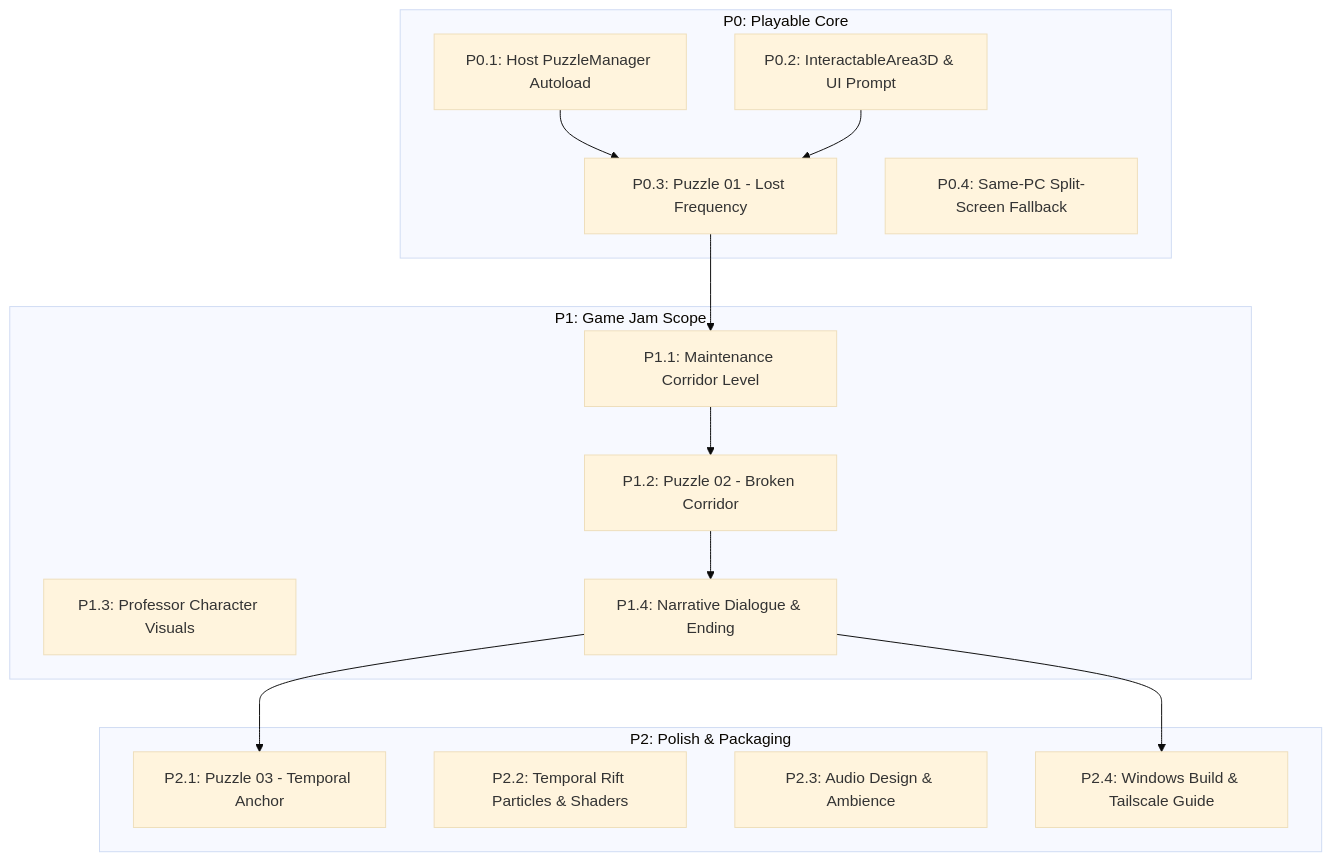
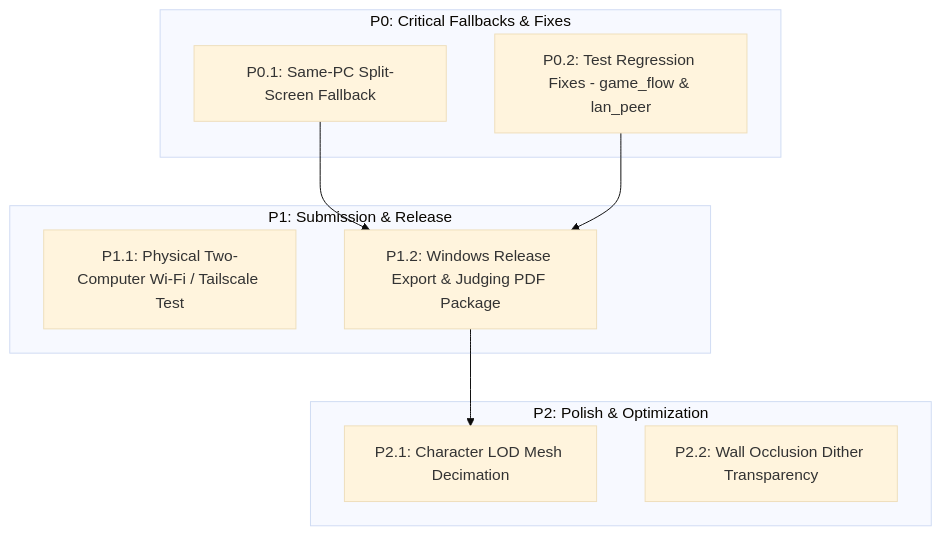
One commit to hussainhht/Past-Future changed the diagram in PROJECT_CONTEXT/12_ROADMAP_AND_NEXT_STEPS.md. Above: the diagram before and after it, drawn with Mermaid (base theme). The commit also changed other lines of this file and 3 other files, not shown here.

````diff
--- a/PROJECT_CONTEXT/12_ROADMAP_AND_NEXT_STEPS.md
+++ b/PROJECT_CONTEXT/12_ROADMAP_AND_NEXT_STEPS.md
@@ -13,30 +32,20 @@
 ```mermaid
 graph TD
-    subgraph P0_Critical [P0: Playable Core]
-        T_P0_1[P0.1: Host PuzzleManager Autoload]
-        T_P0_2[P0.2: InteractableArea3D & UI Prompt]
-        T_P0_3[P0.3: Puzzle 01 - Lost Frequency]
-        T_P0_4[P0.4: Same-PC Split-Screen Fallback]
-        T_P0_1 --> T_P0_3
-        T_P0_2 --> T_P0_3
+    subgraph P0_Blockers [P0: Critical Fallbacks & Fixes]
+        T_P0_1[P0.1: Same-PC Split-Screen Fallback]
+        T_P0_2[P0.2: Test Regression Fixes - game_flow & lan_peer]
     end
 
-    subgraph P1_Submission [P1: Game Jam Scope]
-        T_P1_1[P1.1: Maintenance Corridor Level]
-        T_P1_2[P1.2: Puzzle 02 - Broken Corridor]
-        T_P1_3[P1.3: Professor Character Visuals]
-        T_P1_4[P1.4: Narrative Dialogue & Ending]
-        T_P0_3 --> T_P1_1
-        T_P1_1 --> T_P1_2
-        T_P1_2 --> T_P1_4
+    subgraph P1_Submission [P1: Submission & Release]
+        T_P1_1[P1.1: Physical Two-Computer Wi-Fi / Tailscale Test]
+        T_P1_2[P1.2: Windows Release Export & Judging PDF Package]
+        T_P0_1 --> T_P1_2
+        T_P0_2 --> T_P1_2
     end
 
-    subgraph P2_Polish [P2: Polish & Packaging]
-        T_P2_1[P2.1: Puzzle 03 - Temporal Anchor]
-        T_P2_2[P2.2: Temporal Rift Particles & Shaders]
-        T_P2_3[P2.3: Audio Design & Ambience]
-        T_P2_4[P2.4: Windows Build & Tailscale Guide]
-        T_P1_4 --> T_P2_1
-        T_P1_4 --> T_P2_4
+    subgraph P2_Polish [P2: Polish & Optimization]
+        T_P2_1[P2.1: Character LOD Mesh Decimation]
+        T_P2_2[P2.2: Wall Occlusion Dither Transparency]
+        T_P1_2 --> T_P2_1
     end
 ```
````
